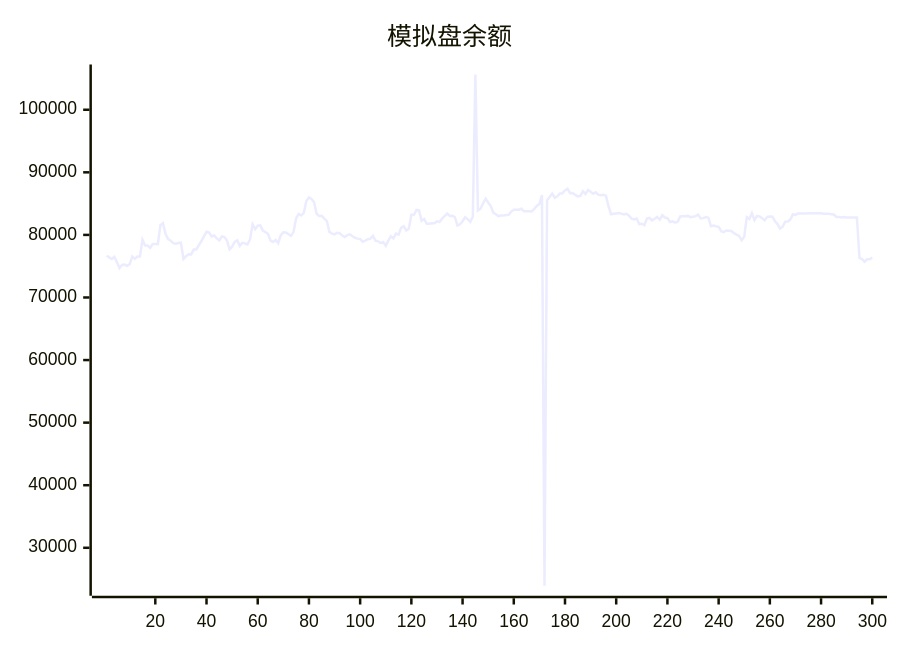
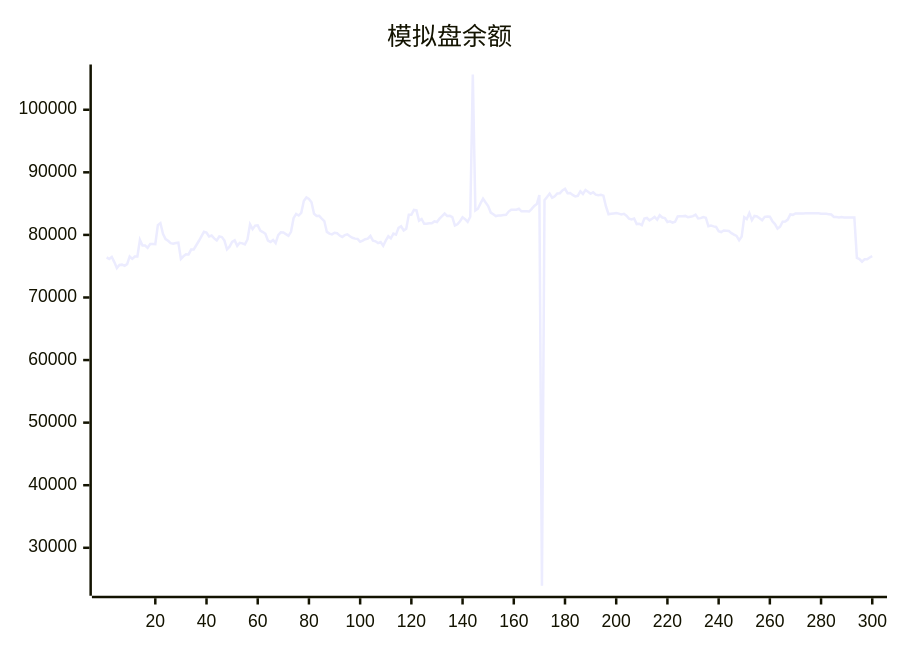
The diagram in README.md (aahl/ai-trading), drawn with Mermaid before and after one commit. The commit also changed other lines of this file and 1 other file, not shown here.

````diff
--- a/README.md
+++ b/README.md
@@ -5,5 +5,5 @@
 ```mermaid
 xychart
     title "模拟盘余额"
-    line [76672,76411,76159,76485,75656,74695,75197,75246,75052,75334,76564,76179,76553,76551,79196,78300,78300,77944,78531,78531,78521,81564,81884,80160,79335,79055,78675,78580,78708,78764,76179,76586,76902,76876,77658,77669,78346,79023,79769,80497,80366,79761,79896,79448,79126,79749,79658,79097,77695,78114,78888,79126,78249,78738,78653,78478,79271,81680,80923,81488,81527,80681,80455,80190,79084,78879,79193,78686,79954,80403,80374,80118,79848,80491,82665,83351,83098,83525,85430,85983,85737,85221,83378,83014,83043,82613,82216,80477,80208,80081,80348,80277,79894,79670,79965,80093,79786,79542,79406,79371,78893,79087,79304,79406,79841,79072,78978,78696,78846,78272,79085,79787,79442,80198,80031,81120,81379,80718,80985,83214,83212,83993,83921,82270,82547,81776,81776,81866,81866,82158,82061,82596,83000,83408,83041,83050,82858,81503,81691,82188,82812,82517,82092,82901,105633,83898,84180,85030,85781,85178,84604,83569,83298,83008,83093,83107,83175,83228,83729,84025,84017,84019,84177,83775,83762,83785,83738,84160,84639,84939,86370,23934,85548,86046,86599,85942,86161,86622,86664,87115,87369,86666,86685,86384,86152,86243,86969,86548,87164,86885,86566,86809,86427,86348,86417,86273,84538,83299,83369,83430,83490,83404,83270,83362,83056,82605,82459,82614,81734,81788,81551,82598,82702,82320,82580,82878,82426,83139,82778,82686,82056,82166,81963,82110,82951,82983,82984,83038,82838,82915,82998,83235,82642,82682,82858,82746,81396,81512,81362,81277,80600,80461,80699,80673,80616,80288,80038,79836,79142,79722,82837,82533,83480,82366,83032,82960,82654,82330,82883,82934,82901,82188,81728,81005,81298,82110,82135,82449,83264,83203,83440,83439,83440,83440,83446,83447,83448,83447,83448,83449,83369,83369,83369,83313,83256,82872,82873,82801,82844,82785,82791,82791,82793,82794,76339,76145,75714,76110,76096,76397]
+    line [76411,76159,76485,75656,74695,75197,75246,75052,75334,76564,76179,76553,76551,79196,78300,78300,77944,78531,78531,78521,81564,81884,80160,79335,79055,78675,78580,78708,78764,76179,76586,76902,76876,77658,77669,78346,79023,79769,80497,80366,79761,79896,79448,79126,79749,79658,79097,77695,78114,78888,79126,78249,78738,78653,78478,79271,81680,80923,81488,81527,80681,80455,80190,79084,78879,79193,78686,79954,80403,80374,80118,79848,80491,82665,83351,83098,83525,85430,85983,85737,85221,83378,83014,83043,82613,82216,80477,80208,80081,80348,80277,79894,79670,79965,80093,79786,79542,79406,79371,78893,79087,79304,79406,79841,79072,78978,78696,78846,78272,79085,79787,79442,80198,80031,81120,81379,80718,80985,83214,83212,83993,83921,82270,82547,81776,81776,81866,81866,82158,82061,82596,83000,83408,83041,83050,82858,81503,81691,82188,82812,82517,82092,82901,105633,83898,84180,85030,85781,85178,84604,83569,83298,83008,83093,83107,83175,83228,83729,84025,84017,84019,84177,83775,83762,83785,83738,84160,84639,84939,86370,23934,85548,86046,86599,85942,86161,86622,86664,87115,87369,86666,86685,86384,86152,86243,86969,86548,87164,86885,86566,86809,86427,86348,86417,86273,84538,83299,83369,83430,83490,83404,83270,83362,83056,82605,82459,82614,81734,81788,81551,82598,82702,82320,82580,82878,82426,83139,82778,82686,82056,82166,81963,82110,82951,82983,82984,83038,82838,82915,82998,83235,82642,82682,82858,82746,81396,81512,81362,81277,80600,80461,80699,80673,80616,80288,80038,79836,79142,79722,82837,82533,83480,82366,83032,82960,82654,82330,82883,82934,82901,82188,81728,81005,81298,82110,82135,82449,83264,83203,83440,83439,83440,83440,83446,83447,83448,83447,83448,83449,83369,83369,83369,83313,83256,82872,82873,82801,82844,82785,82791,82791,82793,82794,76339,76145,75714,76110,76096,76397,76594]
 ```
````
